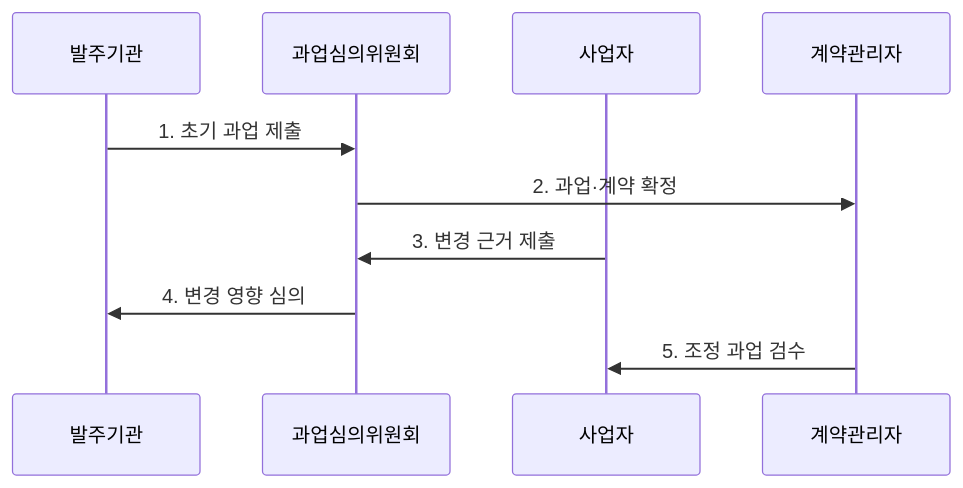
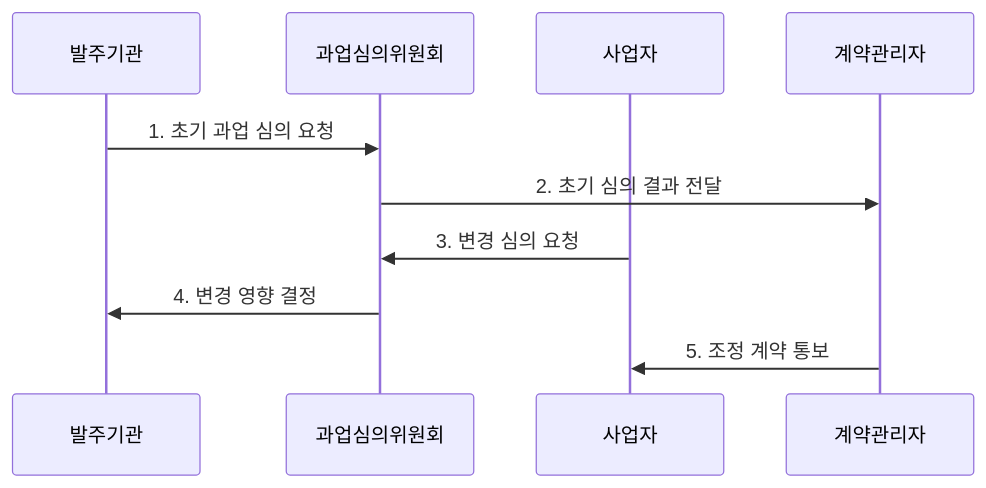
Before and after one commit to agnusdei1207/knowledge-base: the second of 2 diagrams in src/content/docs/notes/03-software/227_software_promotion_act.md, drawn with Mermaid. The commit also changed other lines of this file and 9 other files, not shown here.

````diff
--- a/src/content/docs/notes/03-software/227_software_promotion_act.md
+++ b/src/content/docs/notes/03-software/227_software_promotion_act.md
@@ -82,12 +82,12 @@
 ```mermaid
 sequenceDiagram
     participant 발주기관
     participant 과업심의위원회
     participant 사업자
     participant 계약관리자
-    발주기관->>과업심의위원회: 1. 초기 과업 제출
-    과업심의위원회->>계약관리자: 2. 과업·계약 확정
-    사업자->>과업심의위원회: 3. 변경 근거 제출
-    과업심의위원회->>발주기관: 4. 변경 영향 심의
-    계약관리자->>사업자: 5. 조정 과업 검수
+    발주기관->>과업심의위원회: 1. 초기 과업 심의 요청
+    과업심의위원회->>계약관리자: 2. 초기 심의 결과 전달
+    사업자->>과업심의위원회: 3. 변경 심의 요청
+    과업심의위원회->>발주기관: 4. 변경 영향 결정
+    계약관리자->>사업자: 5. 조정 계약 통보
 ```
````
